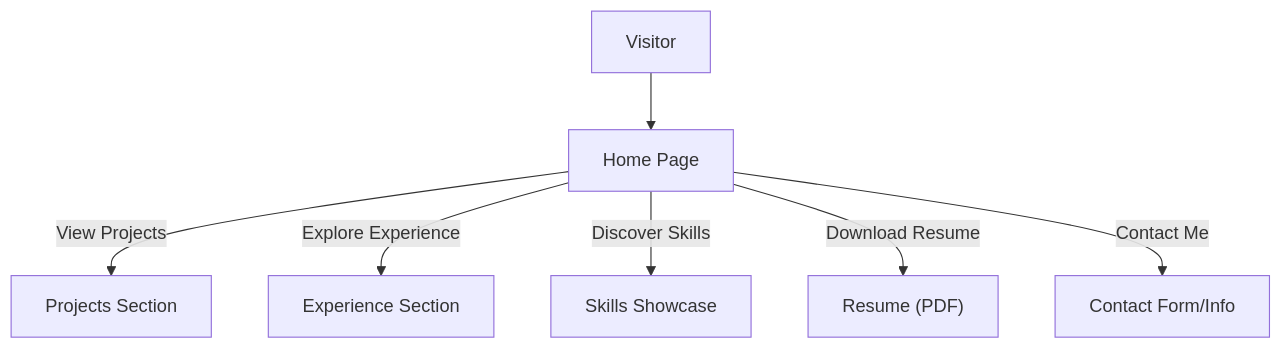
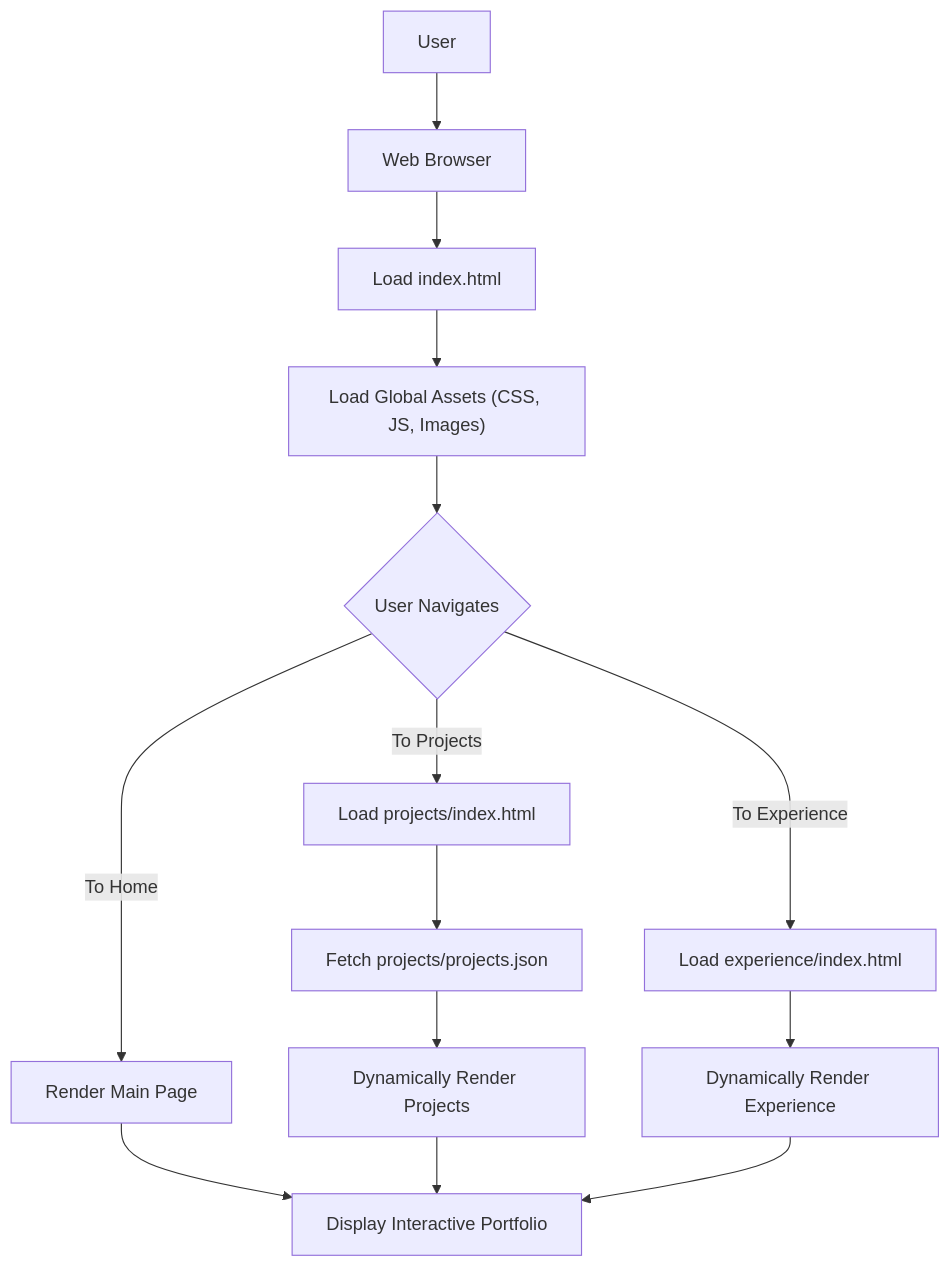
The diagram in README.md (grewal16/portfolio_website), drawn with Mermaid before and after one commit. The commit also changed other lines of this file, not shown here.

````diff
--- a/README.md
+++ b/README.md
@@ -41,9 +43,14 @@
 ```mermaid
 graph TD
-    A["Visitor"] --> B["Home Page"];
-    B -- "View Projects" --> C["Projects Section"];
-    B -- "Explore Experience" --> D["Experience Section"];
-    B -- "Discover Skills" --> E["Skills Showcase"];
-    B -- "Download Resume" --> F["Resume (PDF)"];
-    B -- "Contact Me" --> G["Contact Form/Info"];
+    A["User"] --> B["Web Browser"];
+    B --> C["Load index.html"];
+    C --> D["Load Global Assets (CSS, JS, Images)"];
+    D --> E{"User Navigates"};
+    E -- To Home --> F["Render Main Page"];
+    E -- To Projects --> G["Load projects/index.html"];
+    G --> H["Fetch projects/projects.json"];
+    H --> I["Dynamically Render Projects"];
+    E -- To Experience --> J["Load experience/index.html"];
+    J --> K["Dynamically Render Experience"];
+    F & I & K --> L["Display Interactive Portfolio"];
 ```
````
